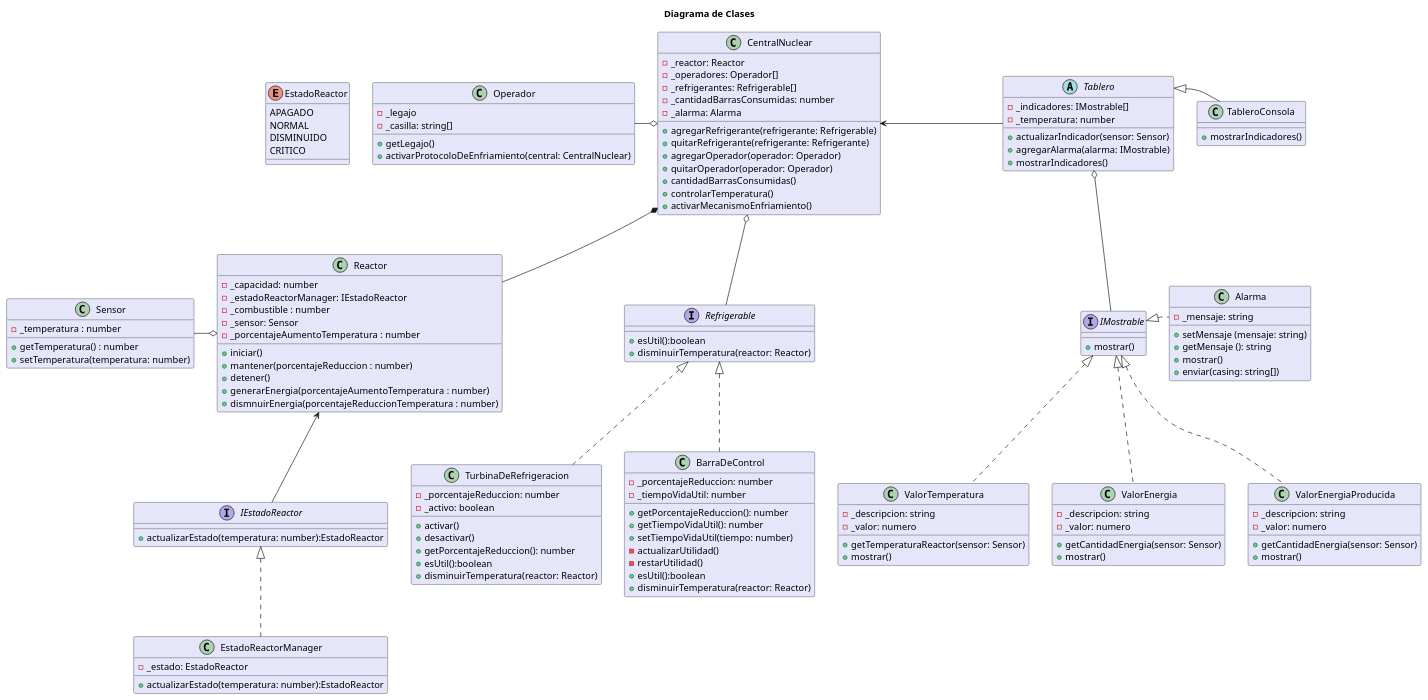
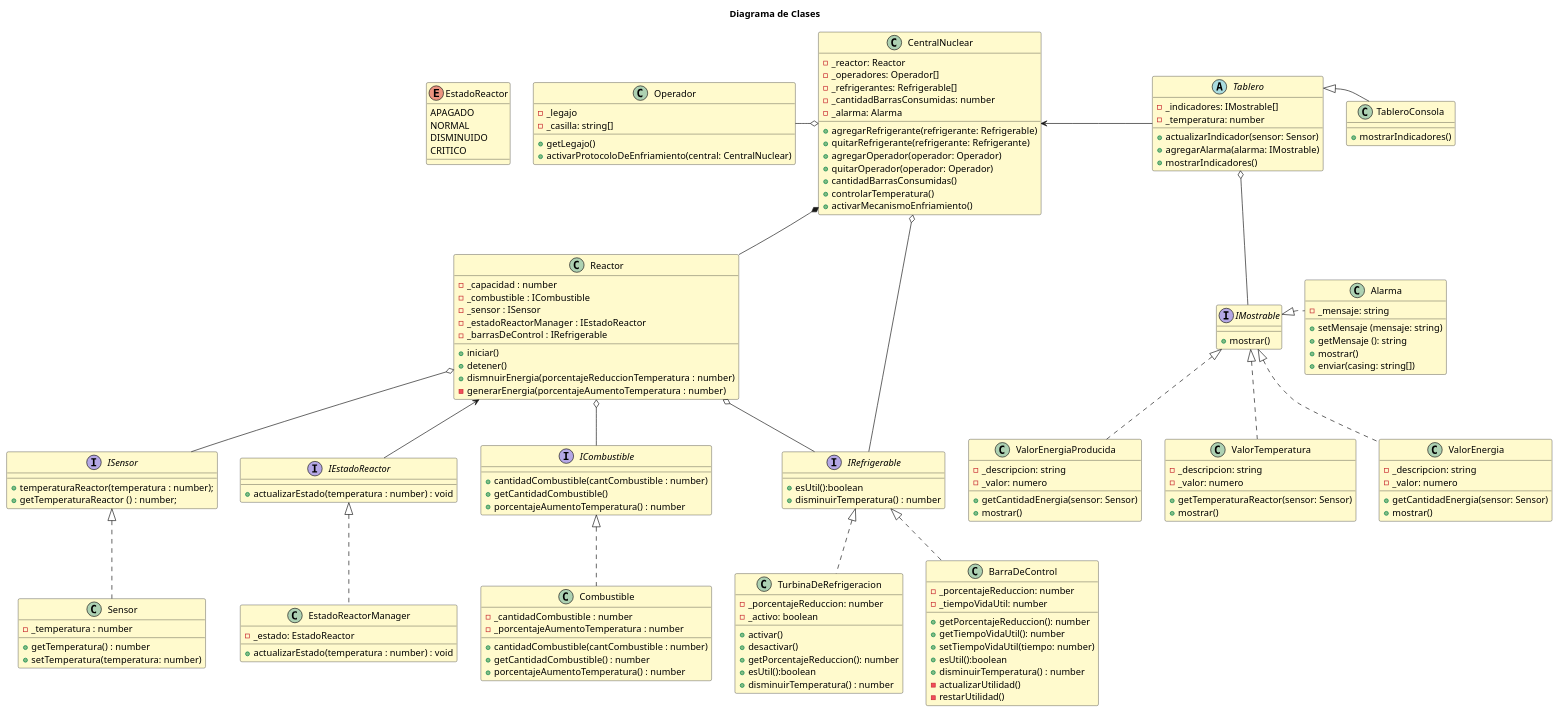
One commit to fedef1982/Trabajo-Practico-Laboratorio3-2024-Reactor-Nuclear changed the diagram in diagramas/DiagramaDeClases.puml. Above: the diagram before and after it, drawn with PlantUML.

Commit message:
Modif: Agrego interfaces y clases faltantes

```diff
--- a/diagramas/DiagramaDeClases.puml
+++ b/diagramas/DiagramaDeClases.puml
@@ -1,151 +1,174 @@
 @startuml Diagrama de Clases
 title "Diagrama de Clases"
-skinparam ClassBackgroundColor lavender
+skinparam ClassBackgroundColor LemonChiffon
 
 'RELACIONES--------------------
 CentralNuclear *-- Reactor
-CentralNuclear o-- Refrigerable
 CentralNuclear o-l- Operador
 CentralNuclear <-r- Tablero
-Reactor o-l- Sensor
+CentralNuclear o-- IRefrigerable
 Reactor <-- IEstadoReactor
 Reactor -r[HIDDEN]- TurbinaDeRefrigeracion
 Reactor -u[HIDDEN]- EstadoReactor
+Reactor o-- IRefrigerable
+Reactor o-- ICombustible
+Reactor o-- ISensor
 Tablero o-- IMostrable
 Tablero -r[HIDDEN]- TableroConsola
 IMostrable -r[HIDDEN]- Alarma
 '-------------------------------
 
 
 class CentralNuclear {
     - _reactor: Reactor
     - _operadores: Operador[]
     - _refrigerantes: Refrigerable[]
     - _cantidadBarrasConsumidas: number
     - _alarma: Alarma
+
     +agregarRefrigerante(refrigerante: Refrigerable)
     +quitarRefrigerante(refrigerante: Refrigerante)
     +agregarOperador(operador: Operador)
     +quitarOperador(operador: Operador)
     +cantidadBarrasConsumidas()
     +controlarTemperatura()
     +activarMecanismoEnfriamiento()
 }
 
 class Reactor {
-    - _capacidad: number
-    - _estadoReactorManager: IEstadoReactor
-    - _combustible : number
-    - _sensor: Sensor
-    - _porcentajeAumentoTemperatura : number
+    - _capacidad : number
+    - _combustible : ICombustible
+    - _sensor : ISensor
+    - _estadoReactorManager : IEstadoReactor
+    - _barrasDeControl : IRefrigerable
+
     + iniciar()
-    + mantener(porcentajeReduccion : number)
     + detener()
-    + generarEnergia(porcentajeAumentoTemperatura : number)
     + dismnuirEnergia(porcentajeReduccionTemperatura : number)
+    - generarEnergia(porcentajeAumentoTemperatura : number)
+}
+interface ICombustible {
+    + cantidadCombustible(cantCombustible : number)
+    + getCantidadCombustible()
+    + porcentajeAumentoTemperatura() : number
 }
 
+class Combustible implements ICombustible {
+    - _cantidadCombustible : number
+    - _porcentajeAumentoTemperatura : number
+
+    + cantidadCombustible(cantCombustible : number)
+    +  getCantidadCombustible() : number
+    + porcentajeAumentoTemperatura() : number 
+
+}
 interface IEstadoReactor{
-    + actualizarEstado(temperatura: number):EstadoReactor
+    + actualizarEstado(temperatura : number) : void
 }
 
 class EstadoReactorManager implements IEstadoReactor{
     - _estado: EstadoReactor
-    + actualizarEstado(temperatura: number):EstadoReactor
-
+    + actualizarEstado(temperatura : number) : void
 }
 
-class Sensor {
+class Sensor implements ISensor {
     - _temperatura : number
     + getTemperatura() : number
     + setTemperatura(temperatura: number)
 }
-
-interface Refrigerable{
-    + esUtil():boolean
-    + disminuirTemperatura(reactor: Reactor)
+interface ISensor {
+    + temperaturaReactor(temperatura : number);
+    + getTemperaturaReactor () : number;
 }
 
-class BarraDeControl implements Refrigerable {
+interface IRefrigerable{
+    + esUtil():boolean
+    + disminuirTemperatura() : number
+}
+
+class BarraDeControl implements IRefrigerable {
     - _porcentajeReduccion: number
     - _tiempoVidaUtil: number
+
     + getPorcentajeReduccion(): number
     + getTiempoVidaUtil(): number
     + setTiempoVidaUtil(tiempo: number)
+    + esUtil():boolean
+     + disminuirTemperatura() : number
     - actualizarUtilidad()
     - restarUtilidad()
-    + esUtil():boolean
-    + disminuirTemperatura(reactor: Reactor)
 }
 
-class TurbinaDeRefrigeracion implements Refrigerable{
+
+class TurbinaDeRefrigeracion implements IRefrigerable{
     - _porcentajeReduccion: number
     - _activo: boolean
+
     + activar()
     + desactivar()
     + getPorcentajeReduccion(): number
     + esUtil():boolean
-    + disminuirTemperatura(reactor: Reactor)
+    + disminuirTemperatura() : number
 }
 
 enum EstadoReactor{
     APAGADO
     NORMAL
     DISMINUIDO
     CRITICO
 }
 
 interface IMostrable{
     + mostrar()
 }
 
 class ValorTemperatura implements IMostrable{
     - _descripcion: string
     - _valor: numero
     + getTemperaturaReactor(sensor: Sensor)
     + mostrar()
 }
 
 class ValorEnergia implements IMostrable{
     - _descripcion: string
     - _valor: numero
     + getCantidadEnergia(sensor: Sensor)
     + mostrar()
 }
 
 class ValorEnergiaProducida implements IMostrable{
     - _descripcion: string
     - _valor: numero
     + getCantidadEnergia(sensor: Sensor)
     + mostrar()
 }
 
 
 class Alarma implements IMostrable{
     - _mensaje: string 
     + setMensaje (mensaje: string)
     + getMensaje (): string
     + mostrar()
     + enviar(casing: string[])
 }
 
 abstract class  Tablero {
     - _indicadores: IMostrable[]
     - _temperatura: number
     + actualizarIndicador(sensor: Sensor)
     + agregarAlarma(alarma: IMostrable)
     + mostrarIndicadores()
 }
 
 class TableroConsola extends Tablero {
     + mostrarIndicadores()
 }
 
 class Operador{
     - _legajo
     - _casilla: string[]
     + getLegajo()
     + activarProtocoloDeEnfriamiento(central: CentralNuclear)
 }
 
 @enduml
```
